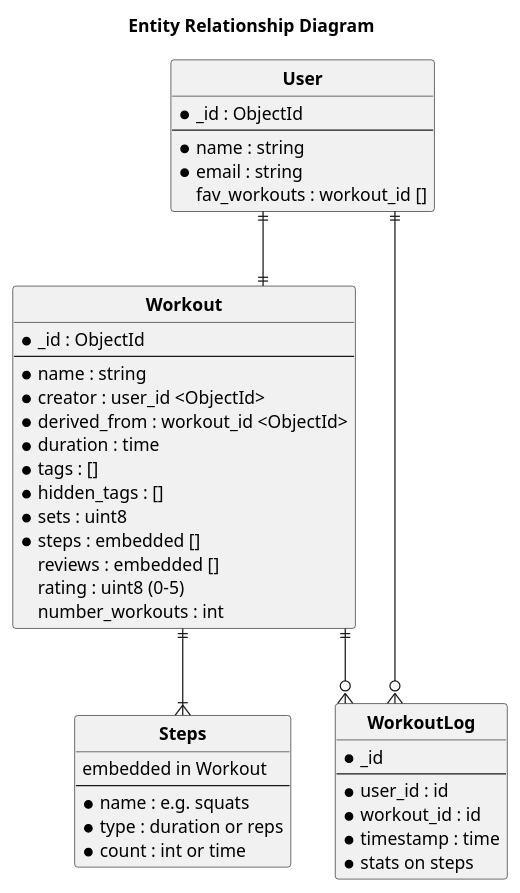
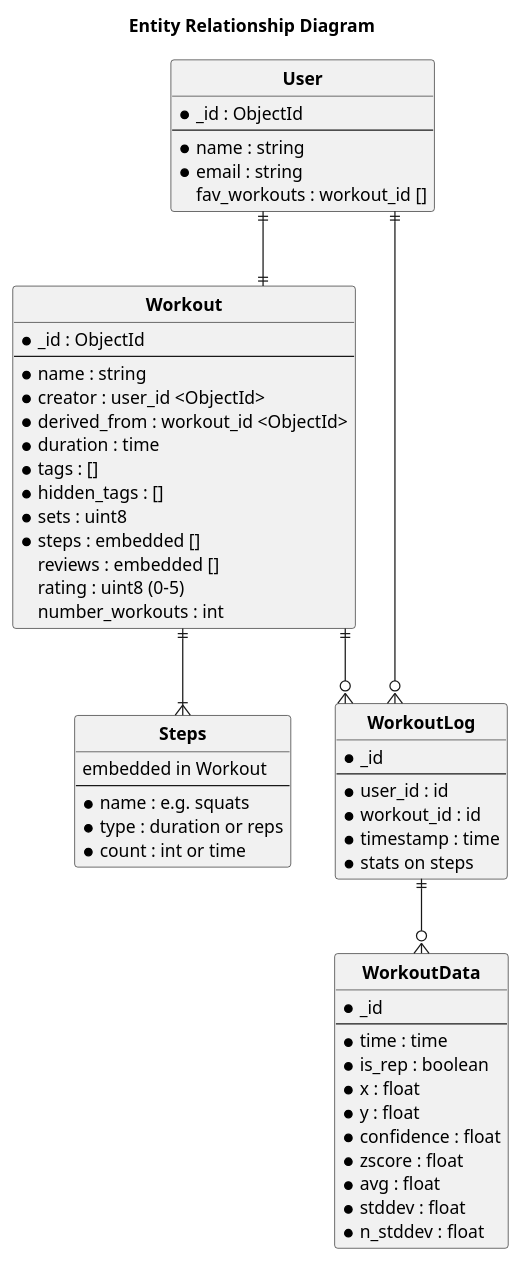
Before and after one commit to wongway/tmp-form-app: the diagram in docs/diagrams/src/data_schema.puml, drawn with PlantUML. The commit also changed 5 other files, not shown here.

Commit message:
Added workout data schema

```diff
--- a/docs/diagrams/src/data_schema.puml
+++ b/docs/diagrams/src/data_schema.puml
@@ -1,54 +1,69 @@
 @startuml data_schema
 
 title Entity Relationship Diagram
 
 hide circle
 skinparam linetype ortho
 
 entity "**User**" as User {
     * _id : ObjectId
     ---
     * name : string
     * email : string
     fav_workouts : workout_id []
 }
 
 entity "**Workout**" as Workout {
     * _id : ObjectId
     ---
     * name : string
     * creator : user_id <ObjectId>
     * derived_from : workout_id <ObjectId>
     * duration : time
     * tags : []
     * hidden_tags : []
     * sets : uint8
     * steps : embedded []
     reviews : embedded []
     rating : uint8 (0-5)
     number_workouts : int
 }
 
 entity "**Steps**" as Steps {
     embedded in Workout
     ---
     * name : e.g. squats
     * type : duration or reps
     * count : int or time
 }
 
 entity "**WorkoutLog**" as WorkoutLog {
     * _id
     ---
     * user_id : id
     * workout_id : id
     * timestamp : time
     * stats on steps
 }
 
+entity "**WorkoutData**" as WorkoutData {
+    * _id
+    ---
+    * time : time
+    * is_rep : boolean
+    * x : float
+    * y : float
+    * confidence : float
+    * zscore : float
+    * avg : float
+    * stddev : float
+    * n_stddev : float
+}
+
 Workout ||--|{ Steps
 Workout ||--o{ WorkoutLog
 User ||--o{ WorkoutLog
 User ||--|| Workout
+WorkoutLog ||--o{ WorkoutData
 
 @enduml
```
